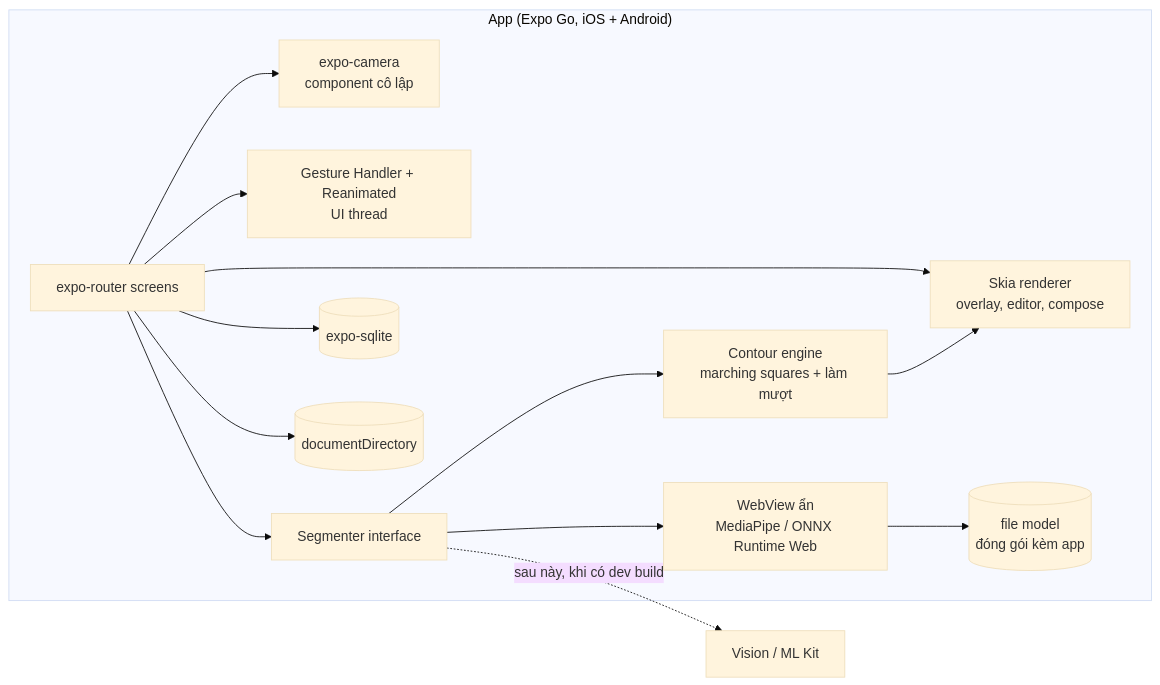
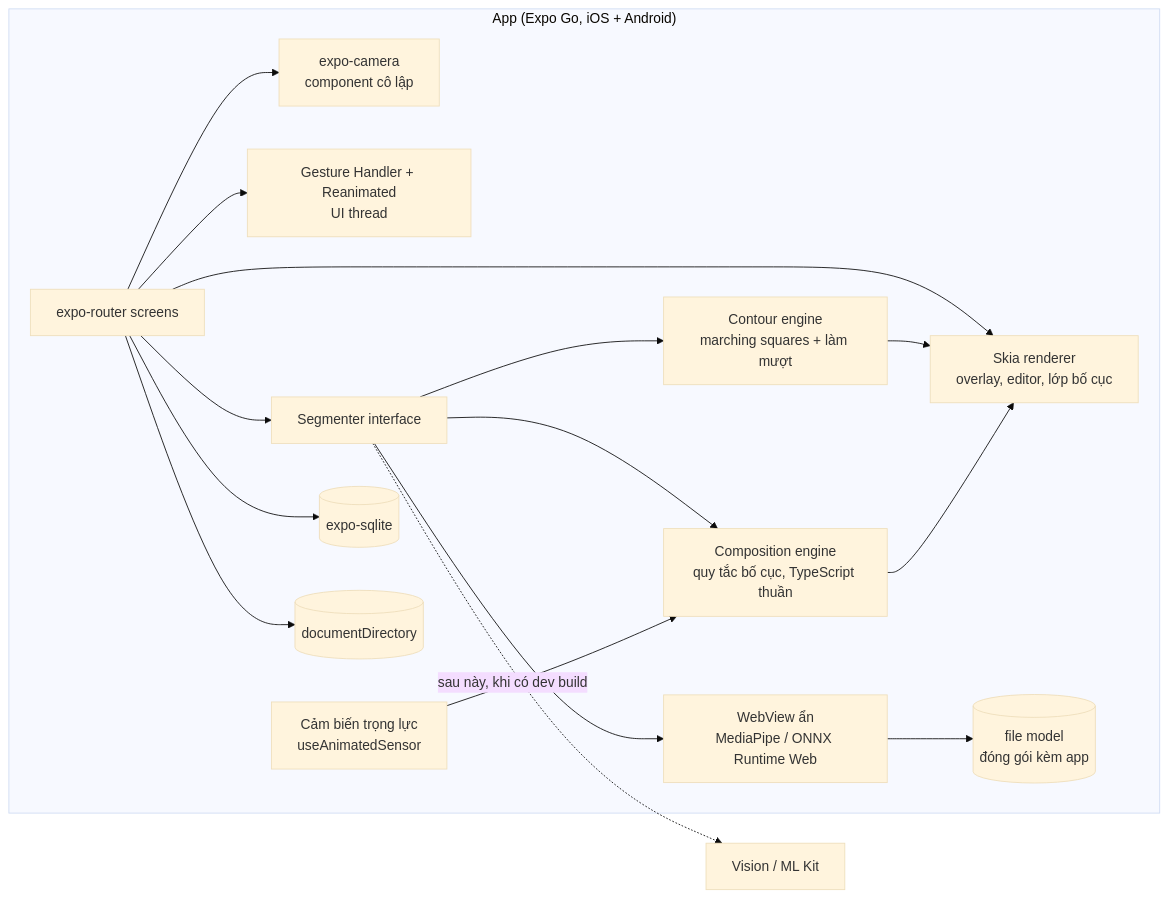
One commit to tktnq2004/TakeASnap changed the diagram in docs/roadmap.md. Above: the diagram before and after it, drawn with Mermaid (base theme). The commit also changed other lines of this file and 2 other files, not shown here.

First line of the commit message:
docs: Phase 5 đổi từ Thay nền sang Trợ lý bố cục

````diff
--- a/docs/roadmap.md
+++ b/docs/roadmap.md
@@ -101,20 +104,24 @@
 ```mermaid
 flowchart LR
     subgraph App["App (Expo Go, iOS + Android)"]
         UI[expo-router screens]
         CAM[expo-camera<br/>component cô lập]
         GES[Gesture Handler + Reanimated<br/>UI thread]
-        SKIA[Skia renderer<br/>overlay, editor, compose]
+        SKIA[Skia renderer<br/>overlay, editor, lớp bố cục]
         SEGI[Segmenter interface]
         WV[WebView ẩn<br/>MediaPipe / ONNX Runtime Web]
         MODEL[(file model<br/>đóng gói kèm app)]
         CONT[Contour engine<br/>marching squares + làm mượt]
+        COMP[Composition engine<br/>quy tắc bố cục, TypeScript thuần]
+        SENS[Cảm biến trọng lực<br/>useAnimatedSensor]
         DB[(expo-sqlite)]
         FS[(documentDirectory)]
     end
     UI --> CAM & GES & SKIA
     UI --> SEGI --> WV --> MODEL
     SEGI --> CONT --> SKIA
+    SEGI --> COMP
+    SENS --> COMP --> SKIA
     UI --> DB & FS
     SEGI -. "sau này, khi có dev build" .-> NATIVE[Vision / ML Kit]
 ```
````
